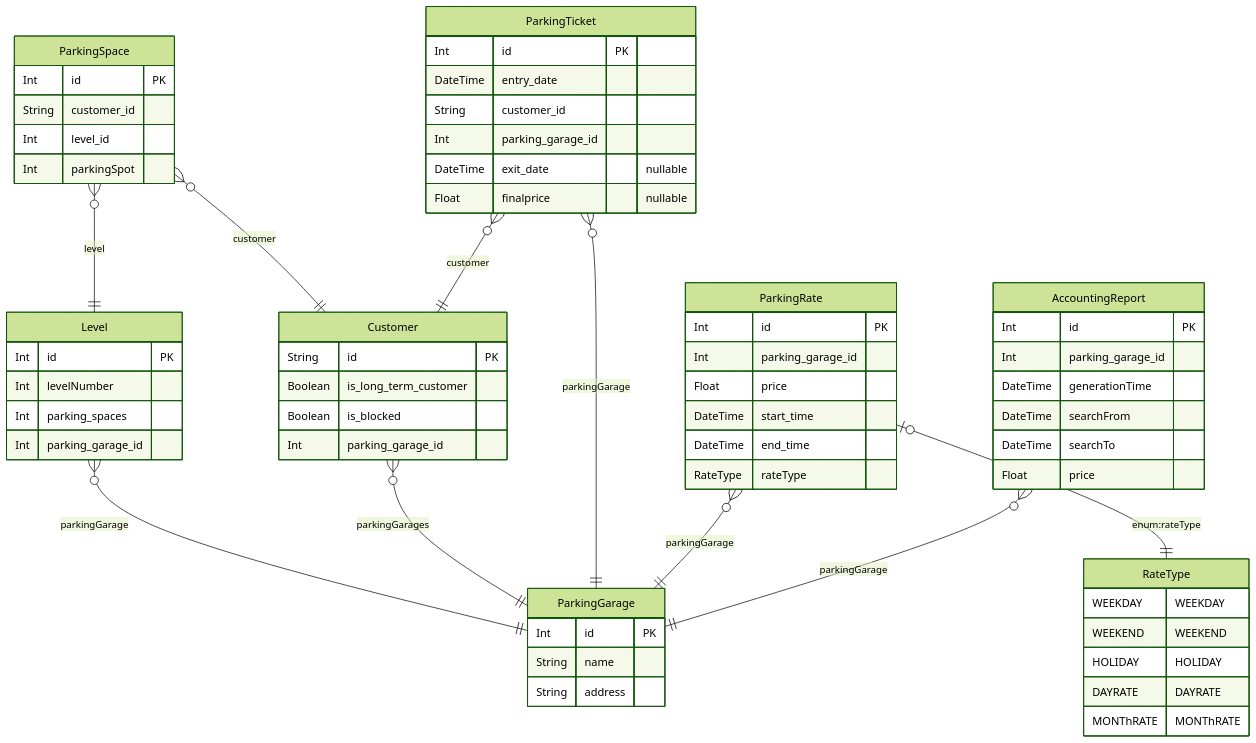
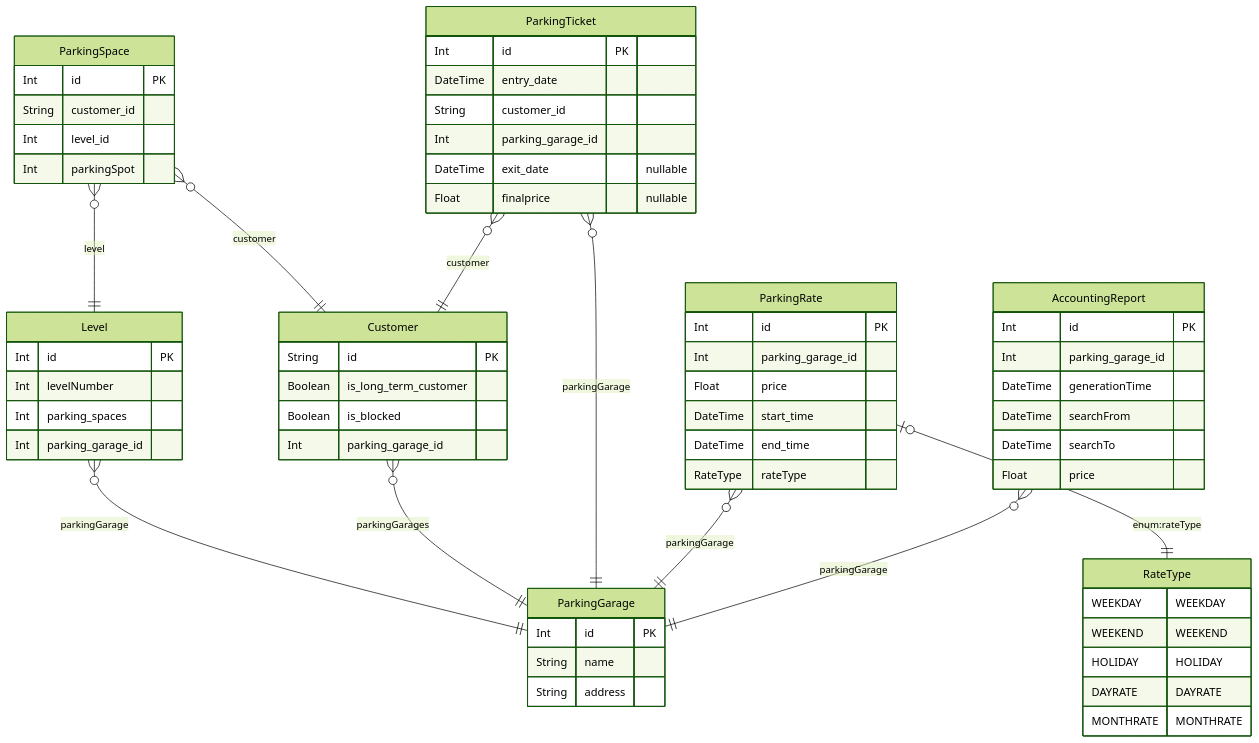
Before and after one commit to DaAlbrecht/parking-garage: the diagram in documentation/erd.md, drawn with Mermaid (forest theme). The commit also changed 2 other files, not shown here.

Commit message:
Fix creating parkingRates

````diff
--- a/documentation/erd.md
+++ b/documentation/erd.md
@@ -1,81 +1,81 @@
 ```mermaid
 erDiagram
 
         RateType {
             WEEKDAY WEEKDAY
 WEEKEND WEEKEND
 HOLIDAY HOLIDAY
 DAYRATE DAYRATE
-MONThRATE MONThRATE
+MONTHRATE MONTHRATE
         }
     
   ParkingGarage {
     Int id PK 
     String name  
     String address  
     }
   
 
   Level {
     Int id PK 
     Int levelNumber  
     Int parking_spaces  
     Int parking_garage_id  
     }
   
 
   ParkingSpace {
     Int id PK 
     String customer_id  
     Int level_id  
     Int parkingSpot  
     }
   
 
   Customer {
     String id PK 
     Boolean is_long_term_customer  
     Boolean is_blocked  
     Int parking_garage_id  
     }
   
 
   ParkingTicket {
     Int id PK 
     DateTime entry_date  
     String customer_id  
     Int parking_garage_id  
     DateTime exit_date  "nullable"
     Float finalprice  "nullable"
     }
   
 
   ParkingRate {
     Int id PK 
     Int parking_garage_id  
     Float price  
     DateTime start_time  
     DateTime end_time  
     RateType rateType  
     }
   
 
   AccountingReport {
     Int id PK 
     Int parking_garage_id  
     DateTime generationTime  
     DateTime searchFrom  
     DateTime searchTo  
     Float price  
     }
   
     Level o{--|| ParkingGarage : "parkingGarage"
     ParkingSpace o{--|| Customer : "customer"
     ParkingSpace o{--|| Level : "level"
     Customer o{--|| ParkingGarage : "parkingGarages"
     ParkingTicket o{--|| Customer : "customer"
     ParkingTicket o{--|| ParkingGarage : "parkingGarage"
     ParkingRate o{--|| ParkingGarage : "parkingGarage"
     ParkingRate o|--|| RateType : "enum:rateType"
     AccountingReport o{--|| ParkingGarage : "parkingGarage"
 ```
````
